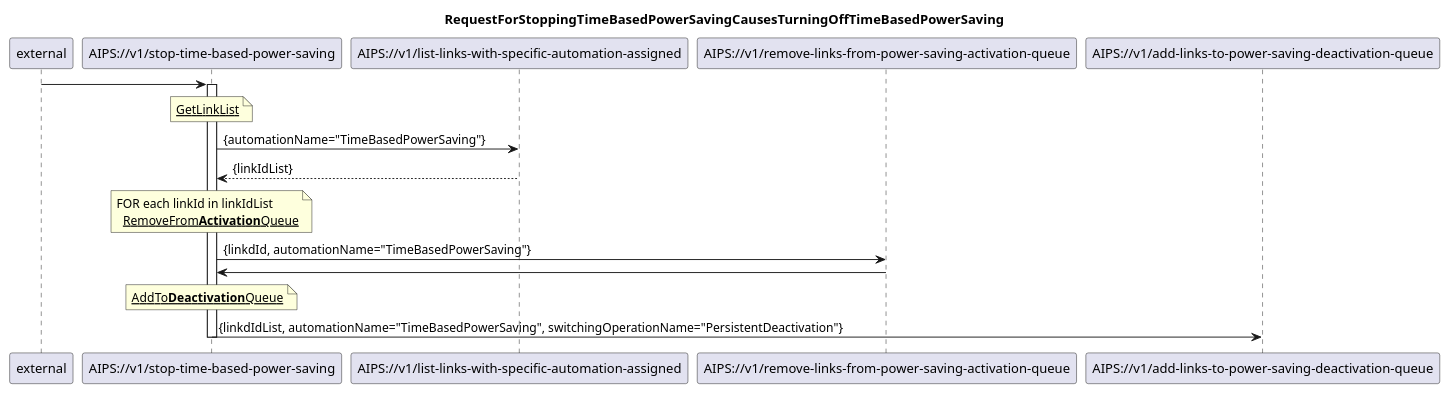
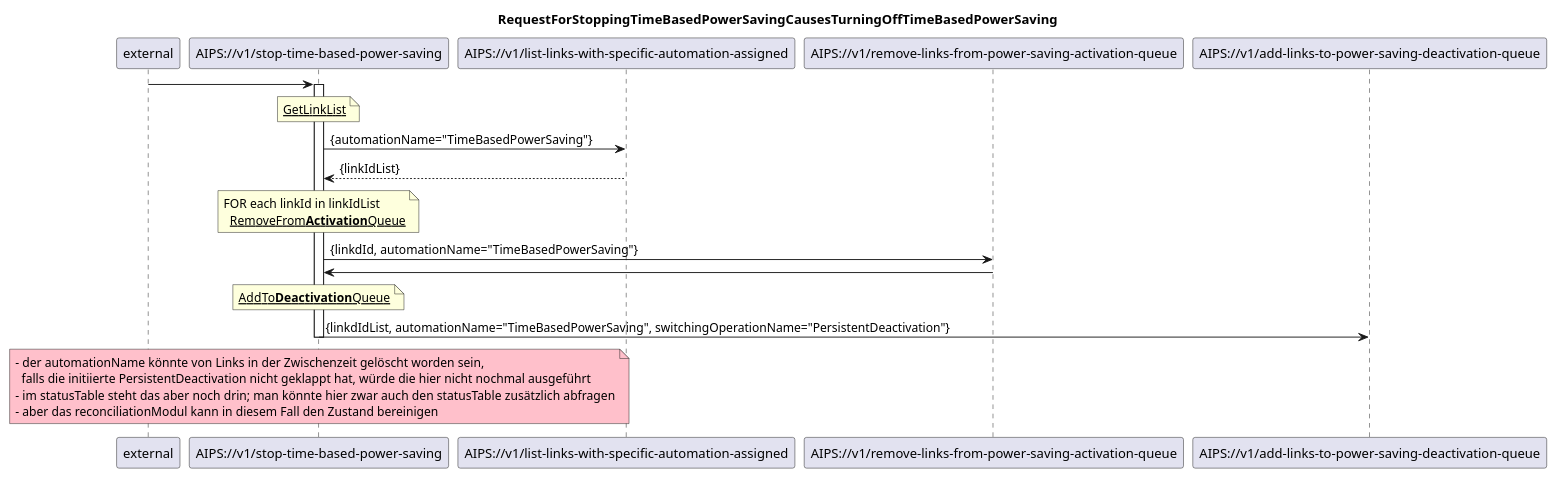
One commit to kmohr-soprasteria/AIPS_wip changed the diagram in diagrams/02 Link group related automation/211_stopTimeBasedPowerSaving.plantuml. Above: the diagram before and after it, drawn with PlantUML. The commit also changed 15 other files, not shown here.

Commit message:
diagrams done

```diff
--- a/diagrams/02 Link group related automation/211_stopTimeBasedPowerSaving.plantuml
+++ b/diagrams/02 Link group related automation/211_stopTimeBasedPowerSaving.plantuml
@@ -1,41 +1,49 @@
 @startuml 211_stopTimeBasedPowerSaving
 skinparam responseMessageBelowArrow true
 
 title
 RequestForStoppingTimeBasedPowerSavingCausesTurningOffTimeBasedPowerSaving
 end title
 
 participant "external" as requestor
 participant "AIPS://v1/stop-time-based-power-saving" as stopPsModule
 participant "AIPS://v1/list-links-with-specific-automation-assigned" as listLinks
 participant "AIPS://v1/remove-links-from-power-saving-activation-queue" as stopSimpleActivation
 participant "AIPS://v1/add-links-to-power-saving-deactivation-queue" as startPersistentDeactivation
 
 
 requestor -> stopPsModule
 activate stopPsModule
 
 'get the list of linkIds for which TB power saving needs to be stopped
 note over stopPsModule
   <u>GetLinkList</u>
 end note
 stopPsModule -> listLinks: {automationName="TimeBasedPowerSaving"}
 listLinks --> stopPsModule: {linkIdList}
 
 'stop ongoing/planned power savings
 note over stopPsModule
   FOR each linkId in linkIdList
     <u>RemoveFrom<b>Activation</b>Queue</u>
 end note
 stopPsModule -> stopSimpleActivation: {linkdId, automationName="TimeBasedPowerSaving"}
 stopSimpleActivation -> stopPsModule
 
 'initiate power saving switch-off
 note over stopPsModule
   <u>AddTo<b>Deactivation</b>Queue</u>
 end note
 stopPsModule -> startPersistentDeactivation: {linkdIdList, automationName="TimeBasedPowerSaving", switchingOperationName="PersistentDeactivation"}
 
+
+note over stopPsModule #pink
+  - der automationName könnte von Links in der Zwischenzeit gelöscht worden sein,
+    falls die initiierte PersistentDeactivation nicht geklappt hat, würde die hier nicht nochmal ausgeführt
+  - im statusTable steht das aber noch drin; man könnte hier zwar auch den statusTable zusätzlich abfragen
+  - aber das reconciliationModul kann in diesem Fall den Zustand bereinigen
+end note
+
 deactivate stopPsModule
 
 @enduml
```
